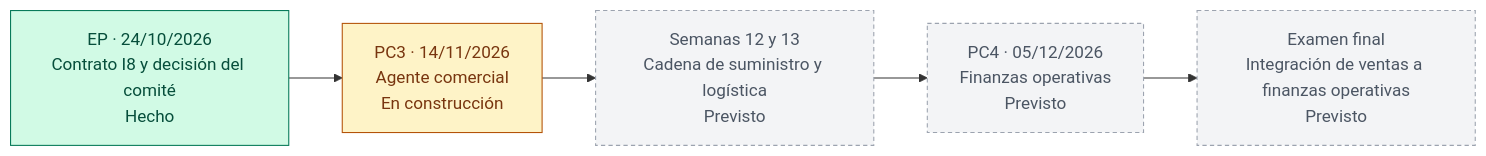
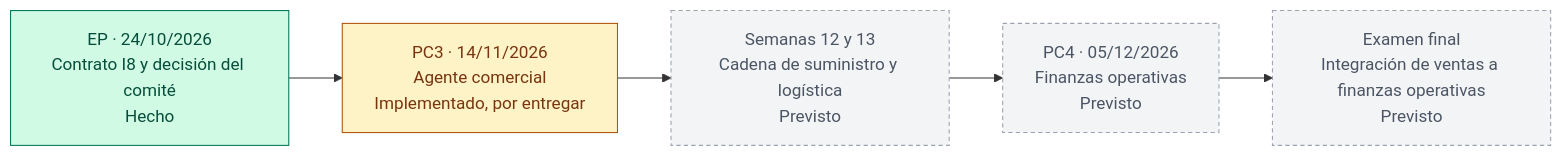
The third of 3 diagrams in README.md (Salvador0302/ge703-agente-sie-cocacola), drawn with Mermaid before and after one commit. The commit also changed other lines of this file, not shown here.

````diff
--- a/README.md
+++ b/README.md
@@ -89,15 +87,15 @@
 ```mermaid
 flowchart LR
     E0["EP · 24/10/2026<br/>Contrato I8 y decisión del comité<br/>Hecho"]
-    E1["PC3 · 14/11/2026<br/>Agente comercial<br/>En construcción"]
+    E1["PC3 · 14/11/2026<br/>Agente comercial<br/>Implementado, por entregar"]
     E2["Semanas 12 y 13<br/>Cadena de suministro y logística<br/>Previsto"]
     E3["PC4 · 05/12/2026<br/>Finanzas operativas<br/>Previsto"]
     E4["Examen final<br/>Integración de ventas a finanzas operativas<br/>Previsto"]
     E0 --> E1 --> E2 --> E3 --> E4
     classDef hecho fill:#d1fae5,stroke:#047857,color:#064e3b
     classDef curso fill:#fef3c7,stroke:#b45309,color:#78350f
     classDef previsto fill:#f3f4f6,stroke:#9ca3af,color:#4b5563,stroke-dasharray:4 3
     class E0 hecho
     class E1 curso
     class E2,E3,E4 previsto
 ```
````
